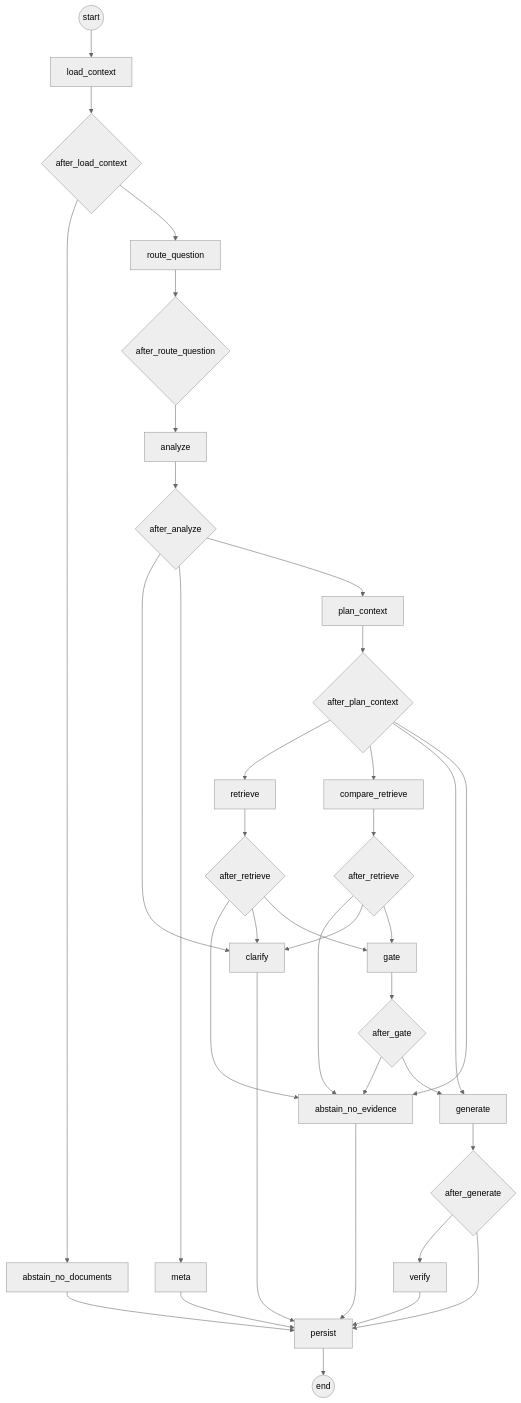
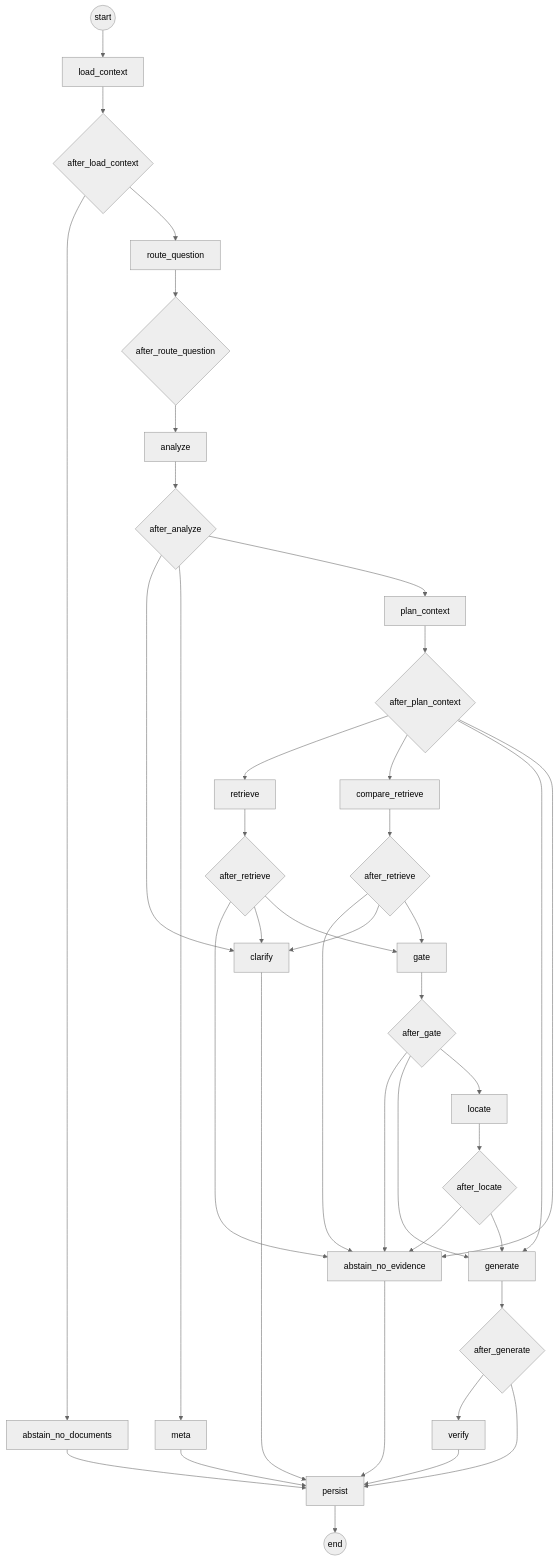
The diagram in docs/img/chat_turn.mmd (Madhav2310/Vault-System), drawn with Mermaid (neutral theme) before and after one commit. The commit also changed 10 other files, not shown here.

```diff
--- a/docs/img/chat_turn.mmd
+++ b/docs/img/chat_turn.mmd
@@ -1,50 +1,55 @@
 flowchart TD
     start((start)) --> load_context
     load_context["load_context"]
     route_question["route_question"]
     analyze["analyze"]
     plan_context["plan_context"]
     retrieve["retrieve"]
     compare_retrieve["compare_retrieve"]
     gate["gate"]
+    locate["locate"]
     generate["generate"]
     verify["verify"]
     clarify["clarify"]
     meta["meta"]
     abstain_no_documents["abstain_no_documents"]
     abstain_no_evidence["abstain_no_evidence"]
     persist["persist"]
     load_context --> load_context__r{after_load_context}
     load_context__r --> abstain_no_documents
     load_context__r --> route_question
     route_question --> route_question__r{after_route_question}
     route_question__r --> analyze
     analyze --> analyze__r{after_analyze}
     analyze__r --> clarify
     analyze__r --> meta
     analyze__r --> plan_context
     plan_context --> plan_context__r{after_plan_context}
     plan_context__r --> retrieve
     plan_context__r --> compare_retrieve
     plan_context__r --> generate
     plan_context__r --> abstain_no_evidence
     retrieve --> retrieve__r{after_retrieve}
     retrieve__r --> abstain_no_evidence
     retrieve__r --> clarify
     retrieve__r --> gate
     compare_retrieve --> compare_retrieve__r{after_retrieve}
     compare_retrieve__r --> abstain_no_evidence
     compare_retrieve__r --> clarify
     compare_retrieve__r --> gate
     gate --> gate__r{after_gate}
     gate__r --> abstain_no_evidence
     gate__r --> generate
+    gate__r --> locate
+    locate --> locate__r{after_locate}
+    locate__r --> abstain_no_evidence
+    locate__r --> generate
     generate --> generate__r{after_generate}
     generate__r --> verify
     generate__r --> persist
     verify --> persist
     clarify --> persist
     meta --> persist
     abstain_no_documents --> persist
     abstain_no_evidence --> persist
     persist --> end_((end))
```
